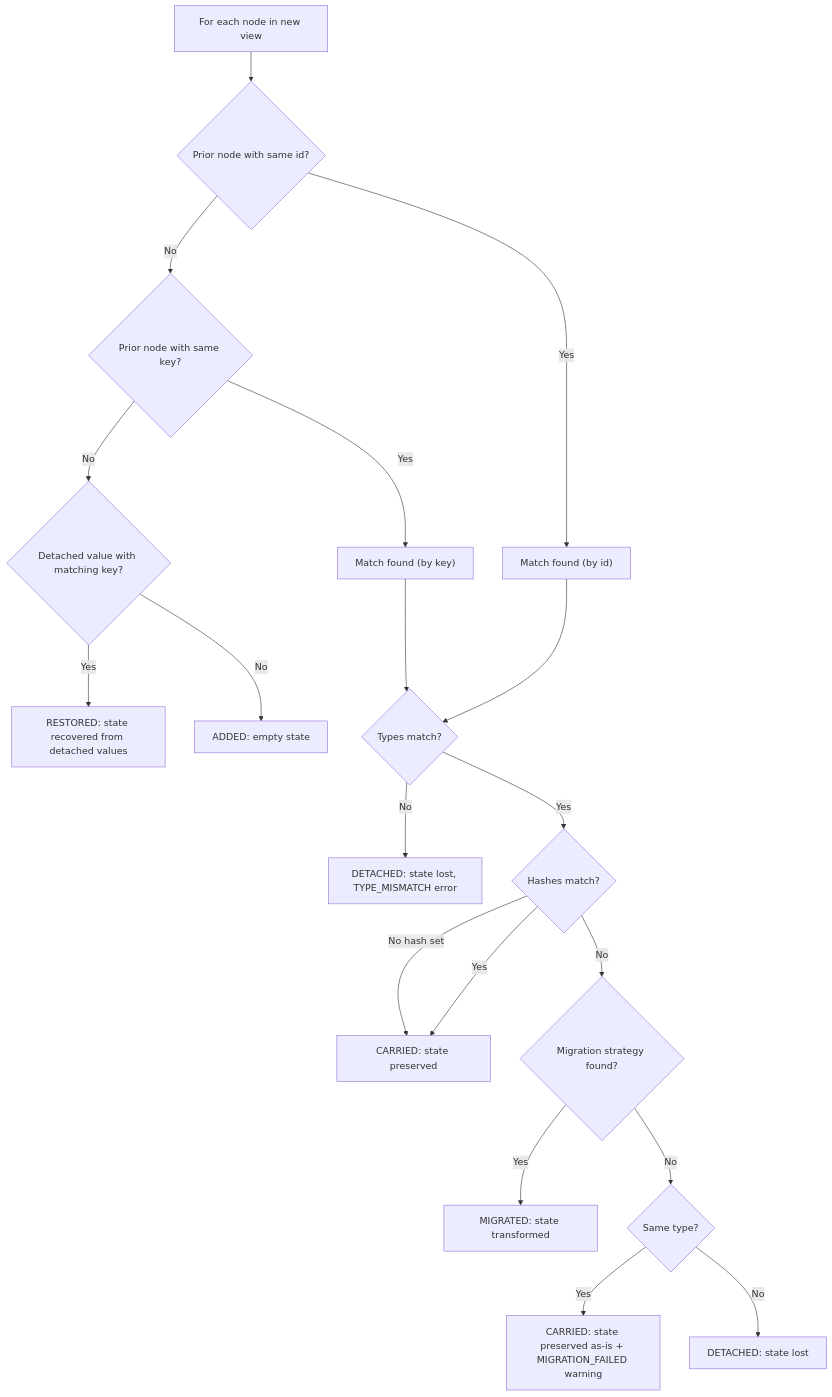
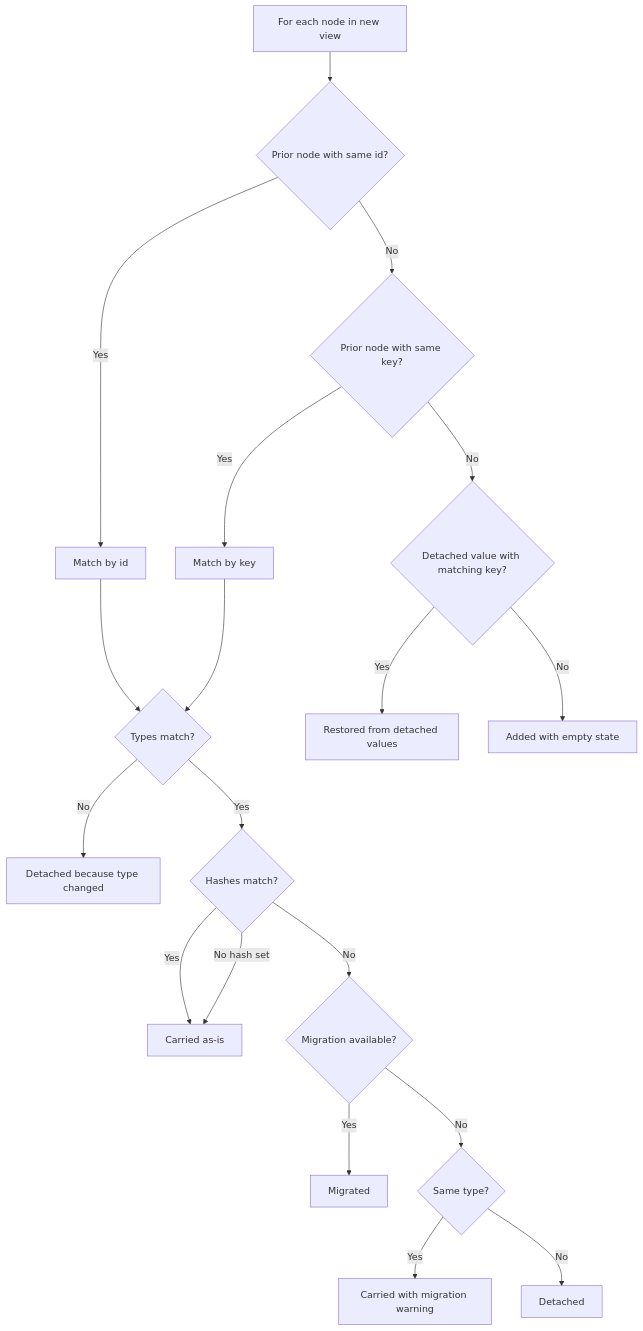
Before and after one commit to brytoncooper/continuum-dev: the diagram in docs/VIEW_CONTRACT.md, drawn with Mermaid. The commit also changed other lines of this file and 5 other files, not shown here.

````diff
--- a/docs/VIEW_CONTRACT.md
+++ b/docs/VIEW_CONTRACT.md
@@ -243,25 +218,22 @@
 ```mermaid
 flowchart TD
     Start["For each node in new view"] --> MatchId{"Prior node with same id?"}
-    MatchId -->|Yes| Matched["Match found (by id)"]
+    MatchId -->|Yes| Matched["Match by id"]
     MatchId -->|No| MatchKey{"Prior node with same key?"}
-    MatchKey -->|Yes| Matched2["Match found (by key)"]
+    MatchKey -->|Yes| Matched2["Match by key"]
     MatchKey -->|No| CheckDetached{"Detached value with matching key?"}
-    CheckDetached -->|Yes| Restored["RESTORED: state recovered from detached values"]
-    CheckDetached -->|No| Added["ADDED: empty state"]
+    CheckDetached -->|Yes| Restored["Restored from detached values"]
+    CheckDetached -->|No| Added["Added with empty state"]
 
     Matched --> TypeCheck{"Types match?"}
     Matched2 --> TypeCheck
-
-    TypeCheck -->|No| Detached["DETACHED: state lost, TYPE_MISMATCH error"]
+    TypeCheck -->|No| Detached["Detached because type changed"]
     TypeCheck -->|Yes| HashCheck{"Hashes match?"}
-
-    HashCheck -->|Yes| Carried["CARRIED: state preserved"]
-    HashCheck -->|No| Migrate{"Migration strategy found?"}
+    HashCheck -->|Yes| Carried["Carried as-is"]
     HashCheck -->|"No hash set"| Carried
-
-    Migrate -->|Yes| Migrated["MIGRATED: state transformed"]
+    HashCheck -->|No| Migrate{"Migration available?"}
+    Migrate -->|Yes| Migrated["Migrated"]
     Migrate -->|No| SameType{"Same type?"}
-    SameType -->|Yes| CarriedFallback["CARRIED: state preserved as-is + MIGRATION_FAILED warning"]
-    SameType -->|No| DetachedMigration["DETACHED: state lost"]
+    SameType -->|Yes| CarriedFallback["Carried with migration warning"]
+    SameType -->|No| DetachedMigration["Detached"]
 ```
````
